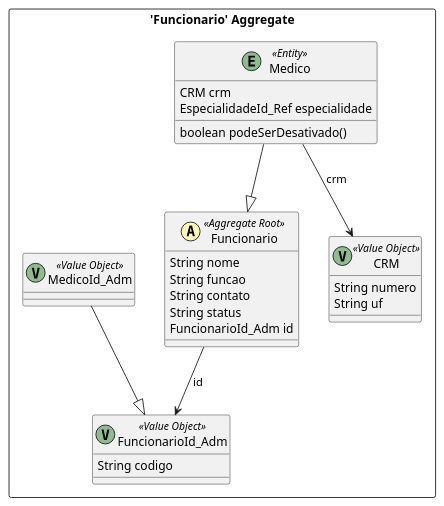
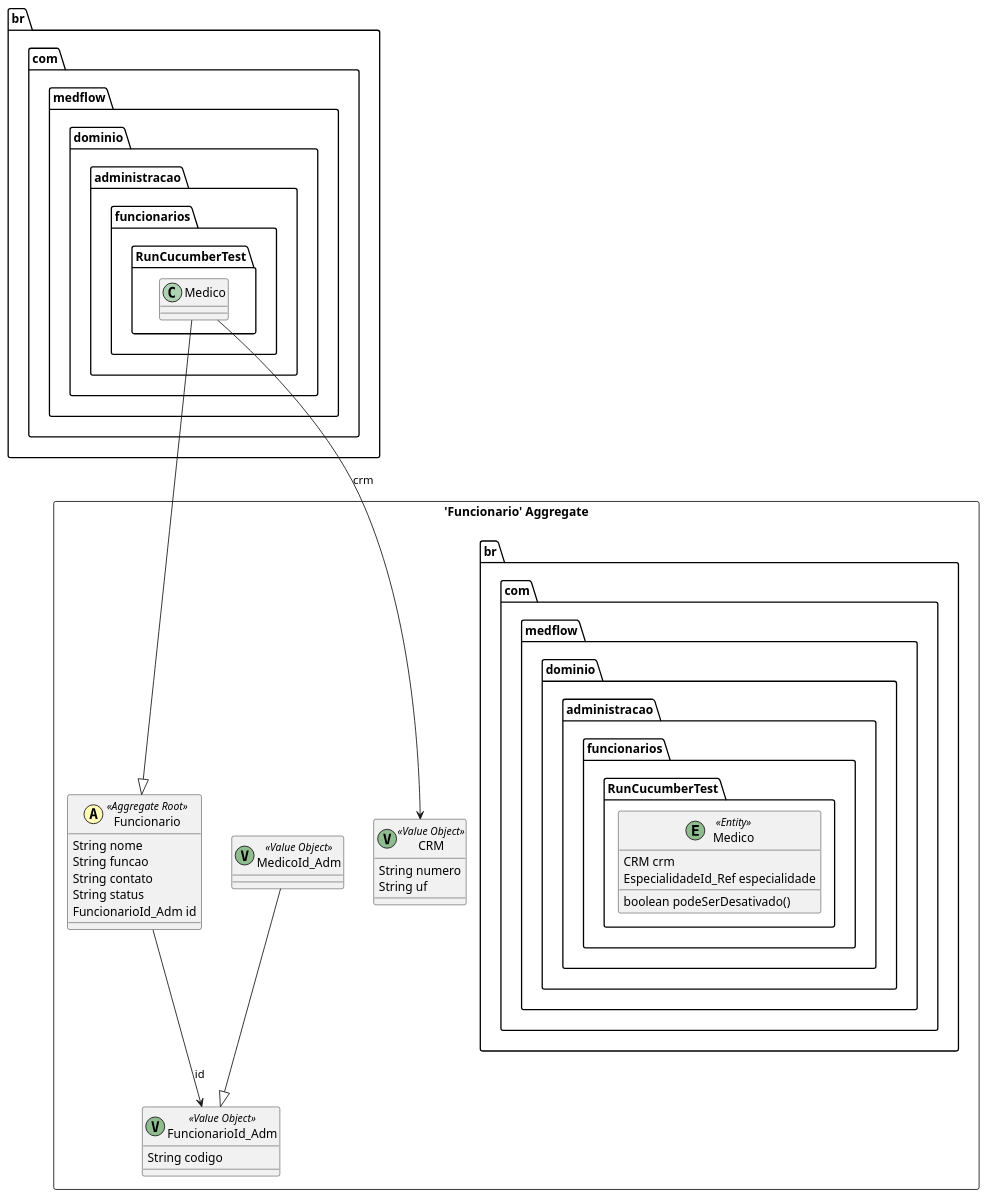
The diagram in src-gen/medflow_BC_Administracao_Funcionario.puml (MatheusVelame/MedFlow), drawn with PlantUML before and after one commit. The commit also changed 17 other files, not shown here.

```diff
--- a/src-gen/medflow_BC_Administracao_Funcionario.puml
+++ b/src-gen/medflow_BC_Administracao_Funcionario.puml
@@ -1,34 +1,34 @@
 @startuml
 
 skinparam componentStyle uml2
 
 package "'Funcionario' Aggregate" <<Rectangle>> {
 	class Funcionario <<(A,#fffab8) Aggregate Root>> {
 		String nome
 		String funcao
 		String contato
 		String status
 		FuncionarioId_Adm id
 	}
-	class Medico <<(E,DarkSeaGreen) Entity>> {
+	class br.com.medflow.dominio.administracao.funcionarios.RunCucumberTest.Medico <<(E,DarkSeaGreen) Entity>> {
 		CRM crm
 		EspecialidadeId_Ref especialidade
 		boolean podeSerDesativado()
 	}
 	class FuncionarioId_Adm <<(V,DarkSeaGreen) Value Object>> {
 		String codigo
 	}
 	class MedicoId_Adm <<(V,DarkSeaGreen) Value Object>> {
 	}
 	class CRM <<(V,DarkSeaGreen) Value Object>> {
 		String numero
 		String uf
 	}
 }
-Medico --> CRM : crm
+br.com.medflow.dominio.administracao.funcionarios.RunCucumberTest.Medico --> CRM : crm
 Funcionario --> FuncionarioId_Adm : id
-Medico --|> Funcionario
+br.com.medflow.dominio.administracao.funcionarios.RunCucumberTest.Medico --|> Funcionario
 MedicoId_Adm --|> FuncionarioId_Adm
 
 
 @enduml
```
